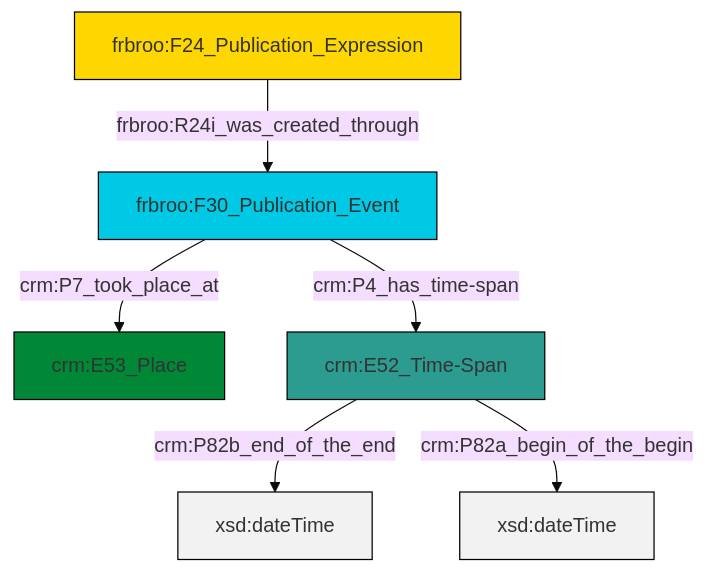
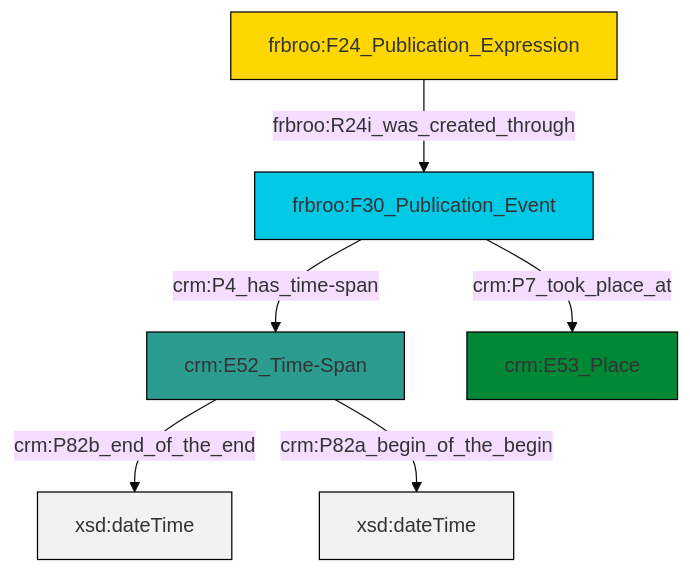
Before and after one commit to swiss-art-research-net/reference-data-models: the diagram in et/biblioCSV/ttl/mmd/biblio_existence.ttl.mmd, drawn with Mermaid (base theme). The commit also changed 128 other files, not shown here.

```diff
--- a/et/biblioCSV/ttl/mmd/biblio_existence.ttl.mmd
+++ b/et/biblioCSV/ttl/mmd/biblio_existence.ttl.mmd
@@ -1,20 +1,20 @@
 graph TD
 classDef Literal fill:#f2f2f2,stroke:#000000;
 classDef CRM_Entity fill:#FFFFFF,stroke:#000000;
 classDef Temporal_Entity fill:#00C9E6, stroke:#000000;
 classDef Type fill:#E18312, stroke:#000000;
 classDef Time-Span fill:#2C9C91, stroke:#000000;
 classDef Appellation fill:#FFEB7F, stroke:#000000;
 classDef Place fill:#008836, stroke:#000000;
 classDef Persistent_Item fill:#B266B2, stroke:#000000;
 classDef Conceptual_Object fill:#FFD700, stroke:#000000;
 classDef Physical_Thing fill:#D2B48C, stroke:#000000;
 classDef Actor fill:#f58aad, stroke:#000000;
 classDef PC_Classes fill:#4ce600, stroke:#000000;
 classDef Multi fill:#cccccc,stroke:#000000;
 
-0["frbroo:F30_Publication_Event"]:::Temporal_Entity -->|crm:P7_took_place_at| 1["crm:E53_Place"]:::Place
-0["frbroo:F30_Publication_Event"]:::Temporal_Entity -->|crm:P4_has_time-span| 6["crm:E52_Time-Span"]:::Time-Span
-4["frbroo:F24_Publication_Expression"]:::Conceptual_Object -->|frbroo:R24i_was_created_through| 0["frbroo:F30_Publication_Event"]:::Temporal_Entity
-6["crm:E52_Time-Span"]:::Time-Span -->|crm:P82b_end_of_the_end| 8[xsd:dateTime]:::Literal
-6["crm:E52_Time-Span"]:::Time-Span -->|crm:P82a_begin_of_the_begin| 9[xsd:dateTime]:::Literal
+0["frbroo:F24_Publication_Expression"]:::Conceptual_Object -->|frbroo:R24i_was_created_through| 1["frbroo:F30_Publication_Event"]:::Temporal_Entity
+1["frbroo:F30_Publication_Event"]:::Temporal_Entity -->|crm:P4_has_time-span| 2["crm:E52_Time-Span"]:::Time-Span
+2["crm:E52_Time-Span"]:::Time-Span -->|crm:P82b_end_of_the_end| 5[xsd:dateTime]:::Literal
+2["crm:E52_Time-Span"]:::Time-Span -->|crm:P82a_begin_of_the_begin| 8[xsd:dateTime]:::Literal
+1["frbroo:F30_Publication_Event"]:::Temporal_Entity -->|crm:P7_took_place_at| 6["crm:E53_Place"]:::Place
```
